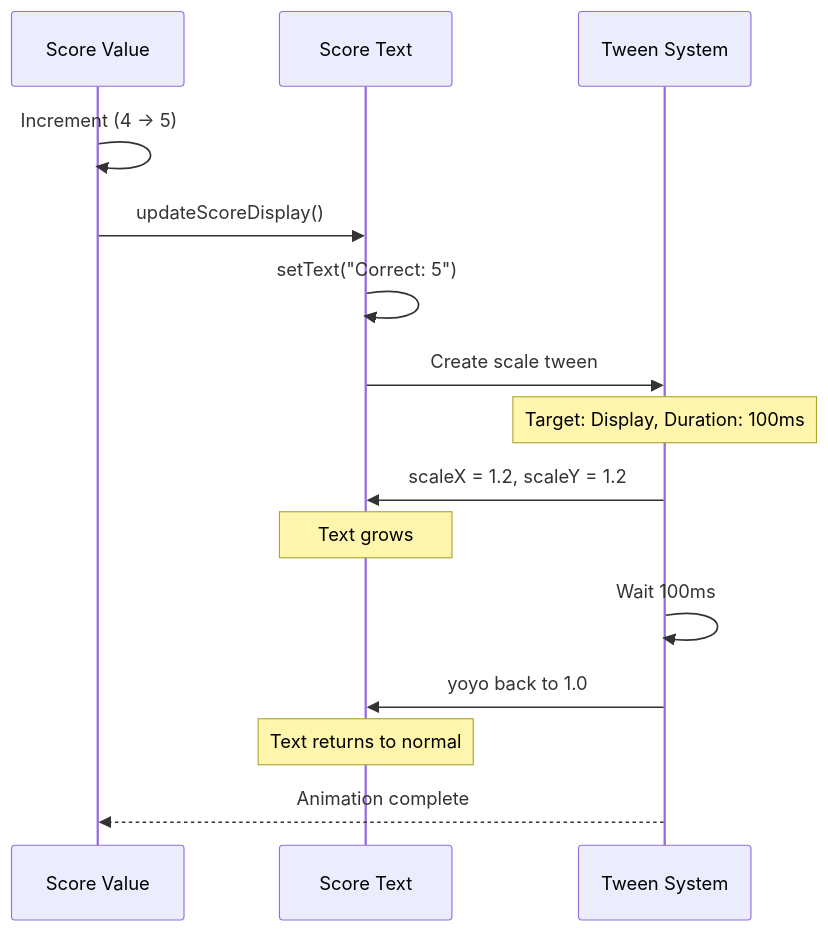
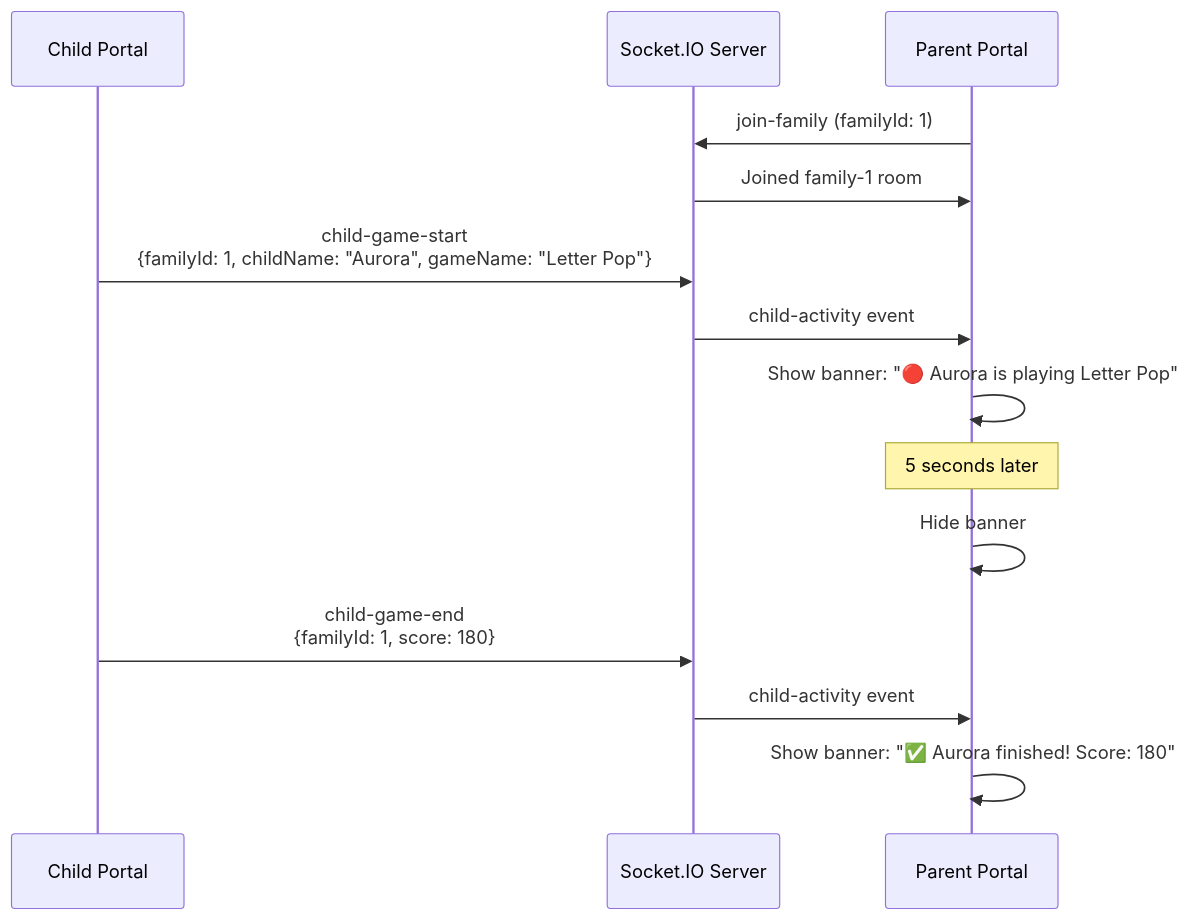
The ninth of 25 diagrams in .ai/phases/phase-11/UML.md (corey-rosamond/ADHDLearn.com), drawn with Mermaid before and after one commit. The commit also changed other lines of this file and 218 other files, not shown here.

````diff
--- a/.ai/phases/phase-11/UML.md
+++ b/.ai/phases/phase-11/UML.md
@@ -328,22 +213,20 @@
 ```mermaid
 sequenceDiagram
-    participant Score as Score Value
-    participant Display as Score Text
-    participant Tween as Tween System
-
-    Score->>Score: Increment (4 → 5)
-    Score->>Display: updateScoreDisplay()
-    Display->>Display: setText("Correct: 5")
-
-    Display->>Tween: Create scale tween
-    Note over Tween: Target: Display, Duration: 100ms
-
-    Tween->>Display: scaleX = 1.2, scaleY = 1.2
-    Note over Display: Text grows
-
-    Tween->>Tween: Wait 100ms
-    Tween->>Display: yoyo back to 1.0
-    Note over Display: Text returns to normal
-
-    Tween-->>Score: Animation complete
+    participant Child as Child Portal
+    participant Server as Socket.IO Server
+    participant Parent as Parent Portal
+    
+    Parent->>Server: join-family (familyId: 1)
+    Server->>Parent: Joined family-1 room
+    
+    Child->>Server: child-game-start<br/>{familyId: 1, childName: "Aurora", gameName: "Letter Pop"}
+    Server->>Parent: child-activity event
+    Parent->>Parent: Show banner: "🔴 Aurora is playing Letter Pop"
+    
+    Note over Parent: 5 seconds later
+    Parent->>Parent: Hide banner
+    
+    Child->>Server: child-game-end<br/>{familyId: 1, score: 180}
+    Server->>Parent: child-activity event
+    Parent->>Parent: Show banner: "✅ Aurora finished! Score: 180"
 ```
````
